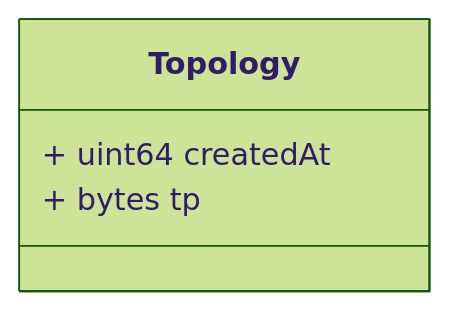
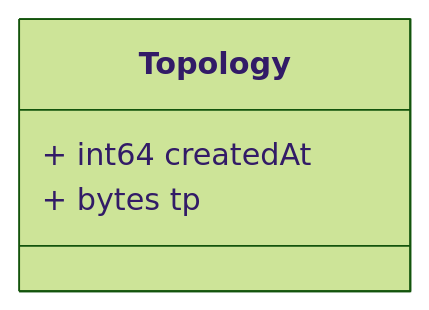
Before and after one commit to zaphiro-technologies/protobuf: the diagram in docs/topology.proto.md, drawn with Mermaid (forest theme). The commit also changed other lines of this file and 4 other files, not shown here.

````diff
--- a/docs/topology.proto.md
+++ b/docs/topology.proto.md
@@ -23,19 +23,19 @@
 ```mermaid
 classDiagram
 direction LR
 
 %% A topology computed information.
 %% Headers used in rabbitMQ:
 %% * `id`: id of the `Topology`
 %% * `type`: always `Topology`
 %% * `producerId`: the id of the producer (e.g. a PMU) linked to the dataset.
 %% * `timestampId`: related measurement Unix msec timestamp (if any)
 %% * `subnetworkId`: the sub network id for which the topology was computed
 %% 
 
 class Topology {
-  + uint64 createdAt
+  + int64 createdAt
   + bytes tp
 }
 
 ```
````
